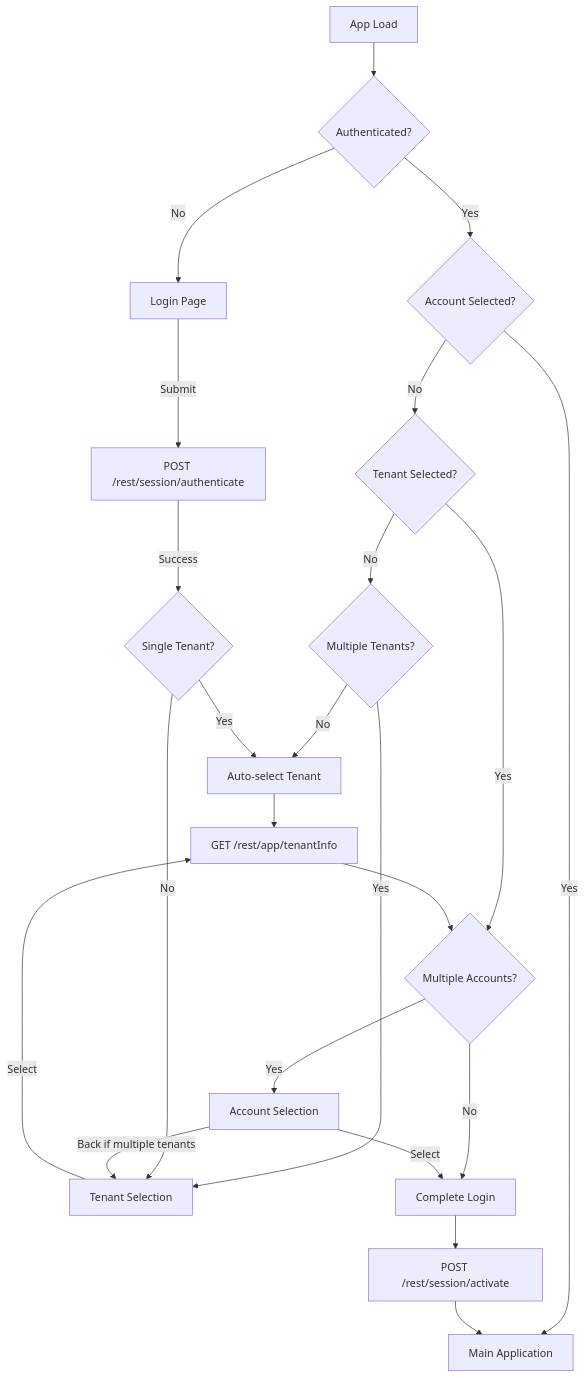
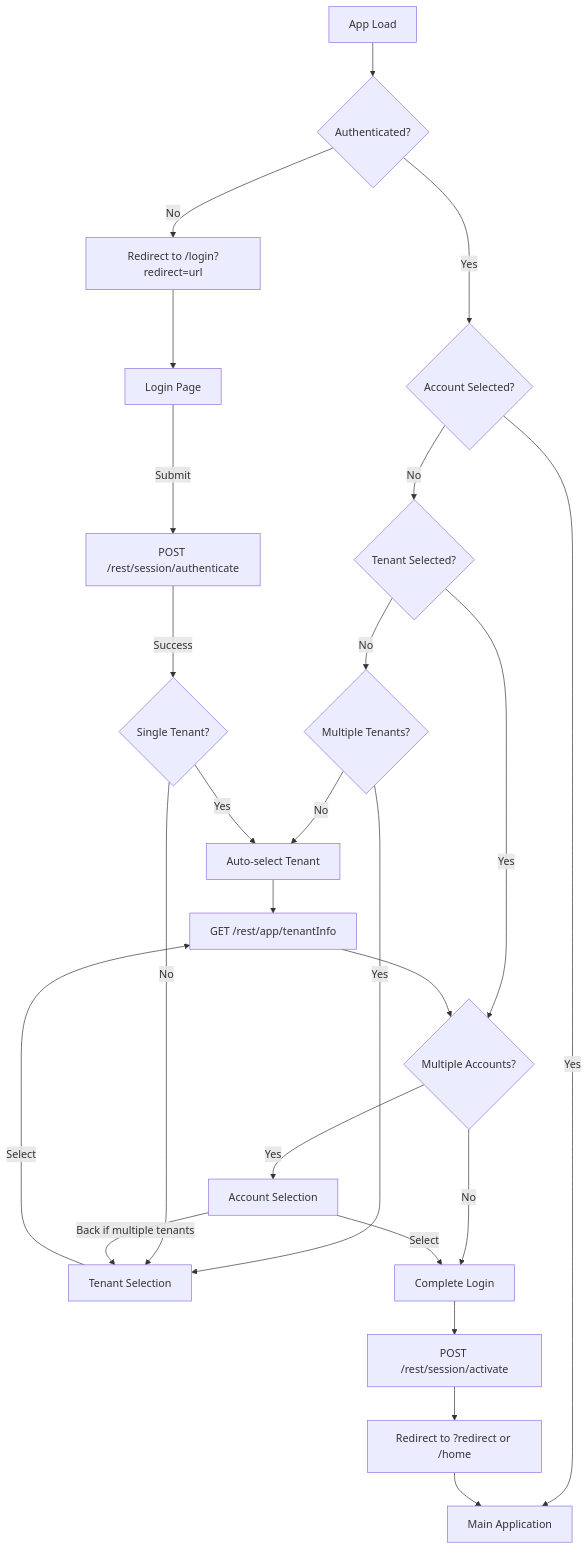
One commit to zeitwert/fm-server changed the first of 4 diagrams in docs/authentication.md. Above: the diagram before and after it, drawn with Mermaid. The commit also changed other lines of this file and 8 other files, not shown here.

````diff
--- a/docs/authentication.md
+++ b/docs/authentication.md
@@ -26,32 +28,34 @@
 ```mermaid
 flowchart TD
     Start[App Load] --> CheckAuth{Authenticated?}
-    CheckAuth -->|No| LoginPage[Login Page]
+    CheckAuth -->|No| RedirectLogin[Redirect to /login?redirect=url]
+    RedirectLogin --> LoginPage[Login Page]
     CheckAuth -->|Yes| CheckAccount{Account Selected?}
     
     CheckAccount -->|Yes| App[Main Application]
     CheckAccount -->|No| CheckTenant{Tenant Selected?}
     
     CheckTenant -->|No| CheckMultiTenant{Multiple Tenants?}
     CheckTenant -->|Yes| CheckMultiAccount{Multiple Accounts?}
     
     CheckMultiTenant -->|Yes| TenantSelect[Tenant Selection]
     CheckMultiTenant -->|No| AutoSelectTenant[Auto-select Tenant]
     
     CheckMultiAccount -->|Yes| AccountSelect[Account Selection]
     CheckMultiAccount -->|No| FinalLogin[Complete Login]
     
     LoginPage -->|Submit| Authenticate[POST /rest/session/authenticate]
     Authenticate -->|Success| CheckSingleTenant{Single Tenant?}
     CheckSingleTenant -->|Yes| AutoSelectTenant
     CheckSingleTenant -->|No| TenantSelect
     AutoSelectTenant --> FetchTenant
     
     TenantSelect -->|Select| FetchTenant[GET /rest/app/tenantInfo]
     FetchTenant --> CheckMultiAccount
     
     AccountSelect -->|Select| FinalLogin
     AccountSelect -->|Back if multiple tenants| TenantSelect
     FinalLogin --> ActivateSession[POST /rest/session/activate]
-    ActivateSession --> App
+    ActivateSession --> Redirect[Redirect to ?redirect or /home]
+    Redirect --> App
 ```
````
